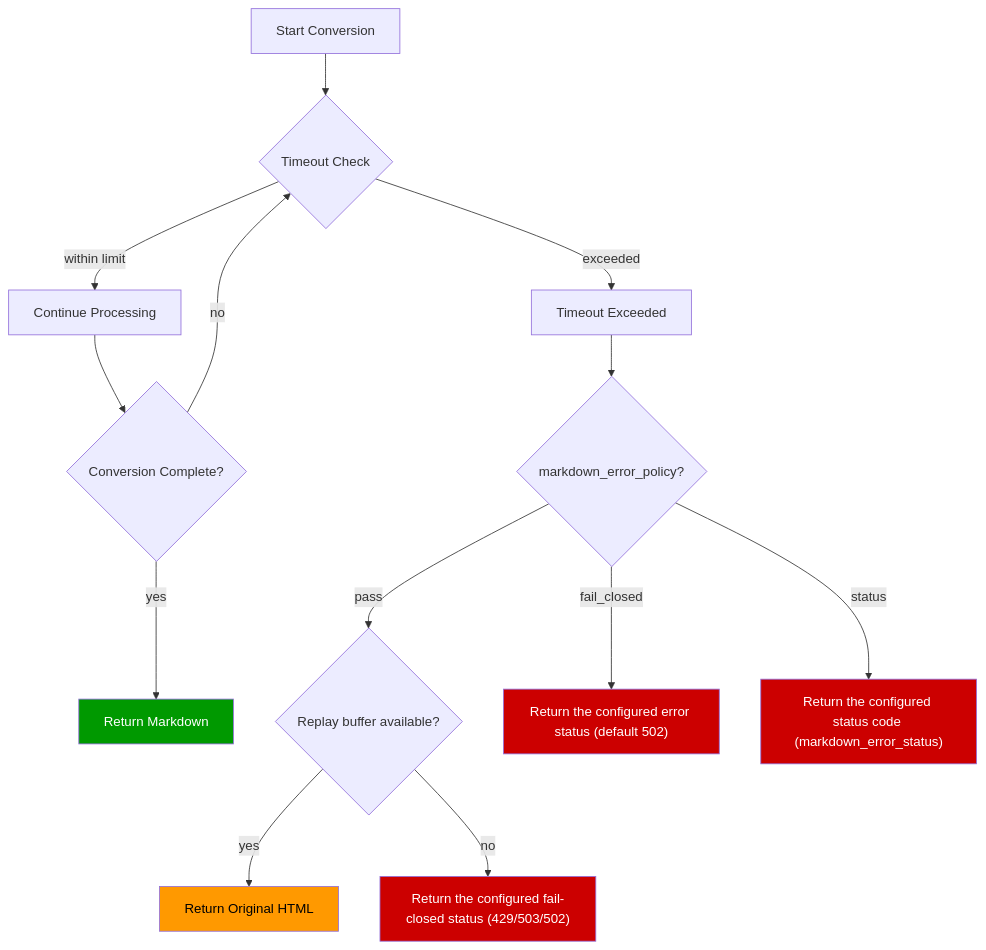
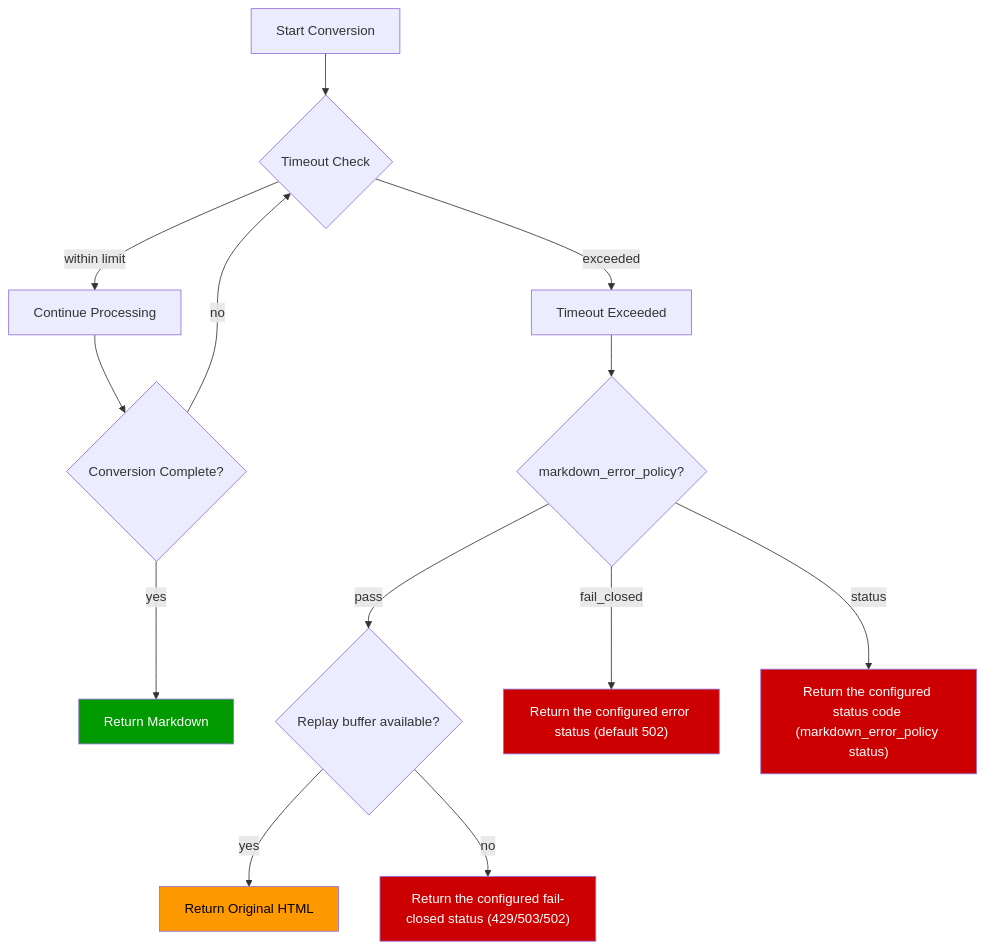
The diagram in docs/features/COOPERATIVE_TIMEOUT.md (cnkang/nginx-markdown-for-agents), drawn with Mermaid before and after one commit. The commit also changed 1 other file, not shown here.

Commit message:
docs(0.9.2): legacy markdown_convert sentence grammar; status-policy label uses documented syntax
- LARGE_RESPONSE_DESIGN.md: "legacy markdown_convert()" -> "The legacy
  markdown_convert()" (CR MINOR).
- COOPERATIVE_TIMEOUT.md: the StatusPolicy node label now references
  the documented markdown_error_policy status syntax instead of
  markdown_error_status (CR MINOR).

````diff
--- a/docs/features/COOPERATIVE_TIMEOUT.md
+++ b/docs/features/COOPERATIVE_TIMEOUT.md
@@ -5,21 +5,21 @@
 ```mermaid
 flowchart TD
     Start["Start Conversion"] --> Check{"Timeout Check"}
     Check -->|within limit| Continue["Continue Processing"]
     Check -->|exceeded| Fail["Timeout Exceeded"]
     Continue --> Done{"Conversion Complete?"}
     Done -->|yes| Success["Return Markdown"]
     Done -->|no| Check
     Fail --> OnError{"markdown_error_policy?"}
     OnError -->|pass| ReplayAvail{"Replay buffer available?"}
     ReplayAvail -->|yes| FailOpen["Return Original HTML"]
     ReplayAvail -->|no| ReplayUnavailableClosed["Return the configured fail-closed status (429/503/502)"]
     OnError -->|fail_closed| PolicyClosed["Return the configured error status (default 502)"]
-    OnError -->|status| StatusPolicy["Return the configured status code (markdown_error_status)"]
+    OnError -->|status| StatusPolicy["Return the configured status code (markdown_error_policy status)"]
 
     style Success fill:#090,color:#fff
     style FailOpen fill:#f90,color:#000
     style PolicyClosed fill:#c00,color:#fff
     style ReplayUnavailableClosed fill:#c00,color:#fff
     style StatusPolicy fill:#c00,color:#fff
 ```
````
